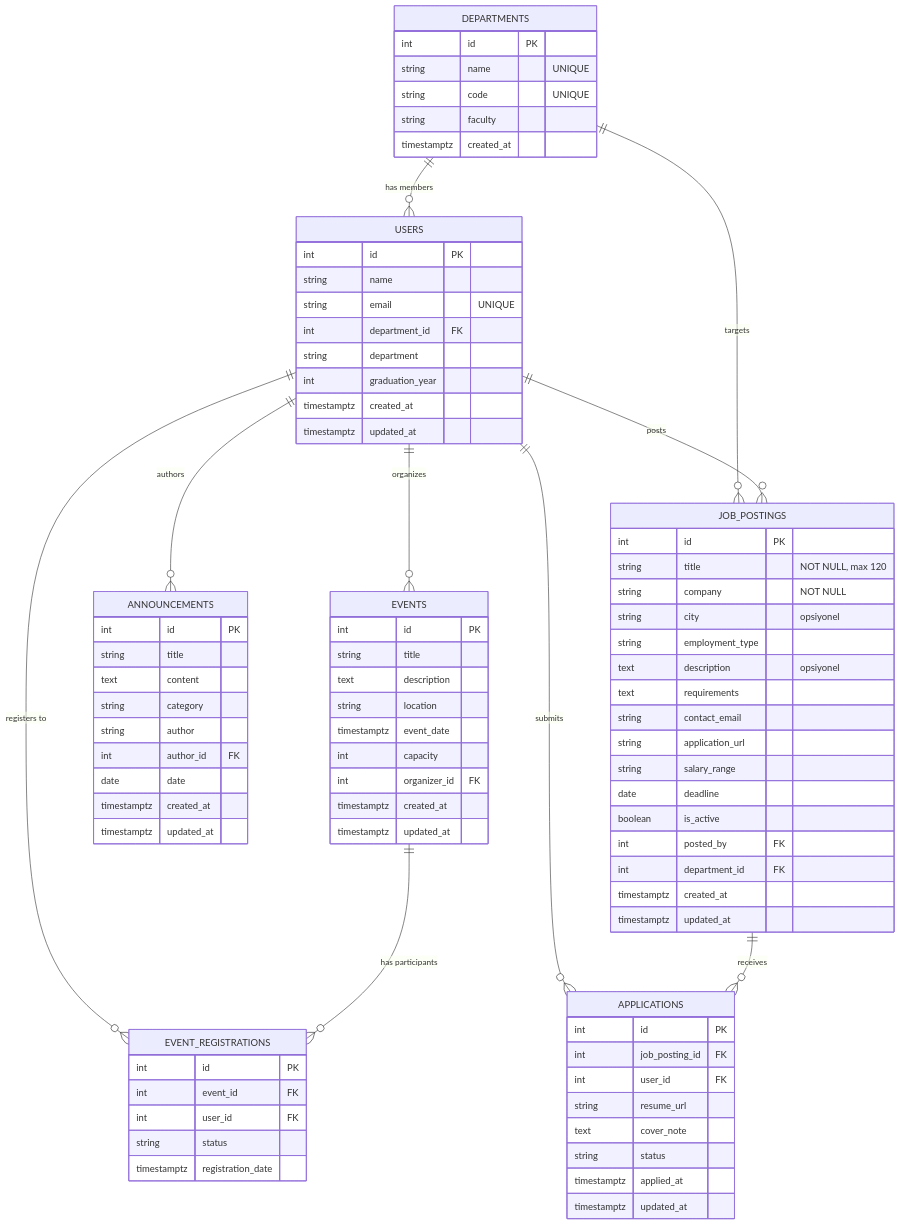
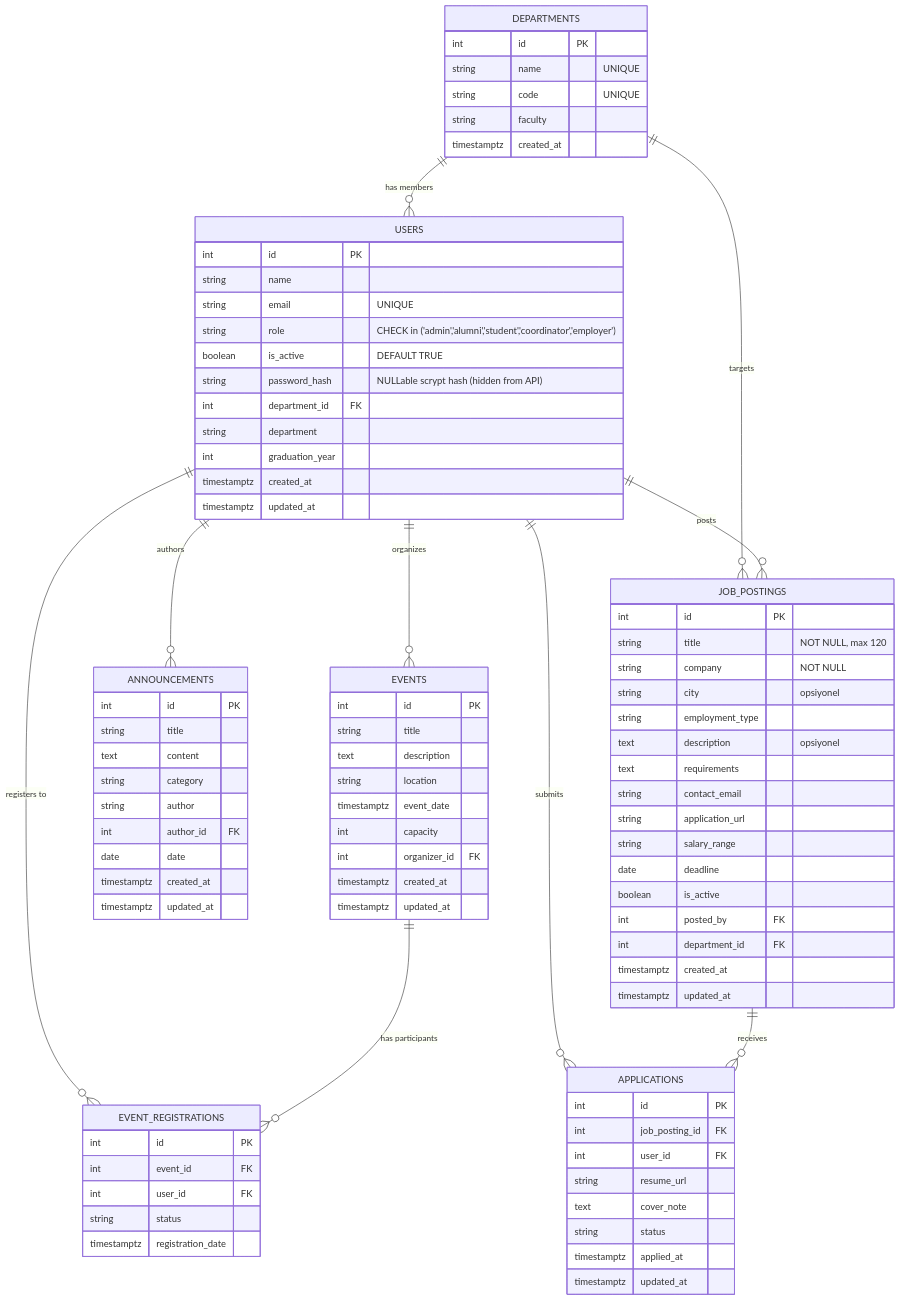
The diagram in ddd.md (emely022/alumni), drawn with Mermaid before and after one commit. The commit also changed other lines of this file and 32 other files, not shown here.

Commit message:
feat(auth): add registration, scrypt password hashing, session login/logout, RBAC navigation, profile/settings and admin panel

```diff
--- a/ddd.md
+++ b/ddd.md
@@ -222,6 +277,9 @@
         int id PK
         string name
         string email "UNIQUE"
+        string role "CHECK in ('admin','alumni','student','coordinator','employer')"
+        boolean is_active "DEFAULT TRUE"
+        string password_hash "NULLable scrypt hash (hidden from API)"
         int department_id FK
         string department
         int graduation_year
```
